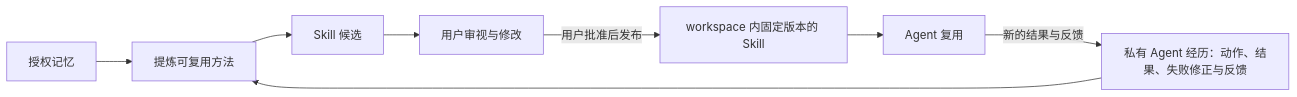
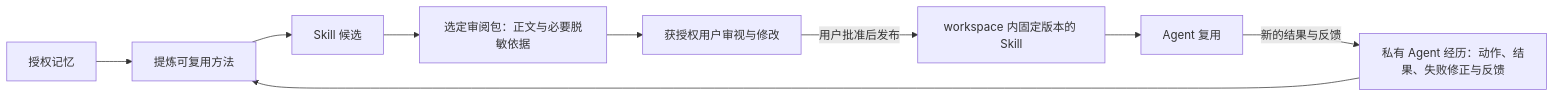
The second of 2 diagrams in docs/superpowers/specs/2026-11-16-agent-data-foundation-architecture.md (TheLudlows/Origence), drawn with Mermaid before and after one commit. The commit also changed other lines of this file and 5 other files, not shown here.

````diff
--- a/docs/superpowers/specs/2026-11-16-agent-data-foundation-architecture.md
+++ b/docs/superpowers/specs/2026-11-16-agent-data-foundation-architecture.md
@@ -109,10 +116,11 @@
 ```mermaid
 flowchart LR
     M[授权记忆] --> D[提炼可复用方法]
     E[私有 Agent 经历：动作、结果、失败修正与反馈] --> D
     D --> P[Skill 候选]
-    P --> U[用户审视与修改]
+    P --> B[选定审阅包：正文与必要脱敏依据]
+    B --> U[获授权用户审视与修改]
     U -->|用户批准后发布| S[workspace 内固定版本的 Skill]
     S --> A[Agent 复用]
     A -->|新的结果与反馈| E
 ```
````
